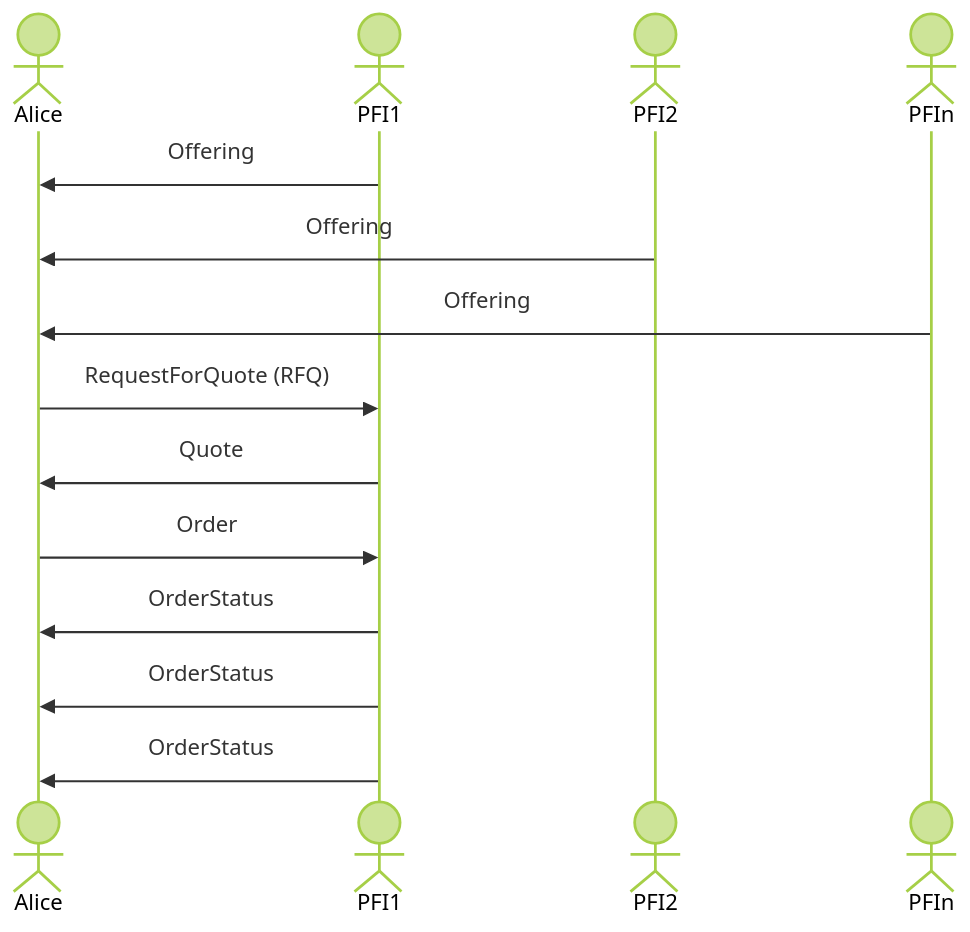
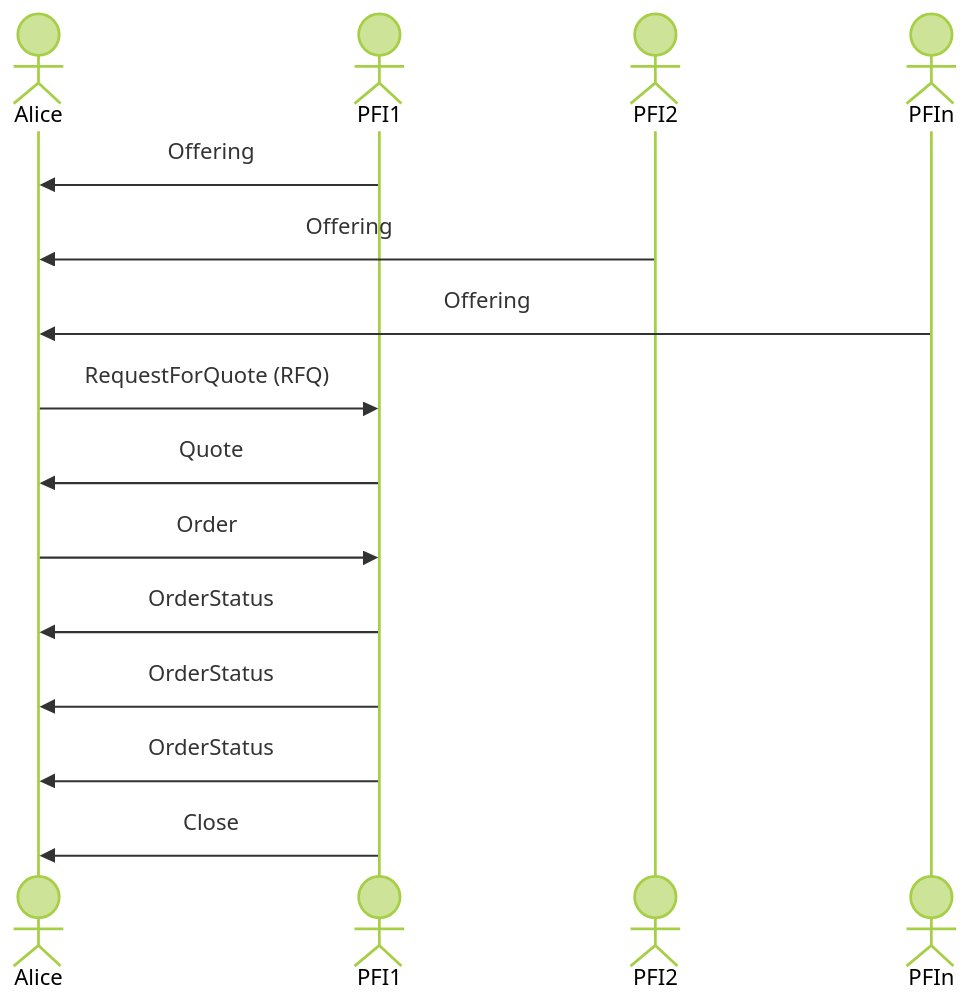
Before and after one commit to TBD54566975/tbdex: the diagram in specs/protocol/README.md, drawn with Mermaid (forest theme). The commit also changed other lines of this file, not shown here.

````diff
--- a/specs/protocol/README.md
+++ b/specs/protocol/README.md
@@ -563,16 +562,17 @@
 ```mermaid
 sequenceDiagram
   actor Alice
 	actor PFI1
   actor PFI2
 	actor PFIn
 	PFI1->>Alice: Offering
 	PFI2->>Alice: Offering
 	PFIn->>Alice: Offering
   Alice->>PFI1: RequestForQuote (RFQ)
   PFI1->>Alice: Quote
   Alice->>PFI1: Order
   PFI1->>Alice: OrderStatus
   PFI1->>Alice: OrderStatus
   PFI1->>Alice: OrderStatus
+  PFI1->>Alice: Close
 ```
````
